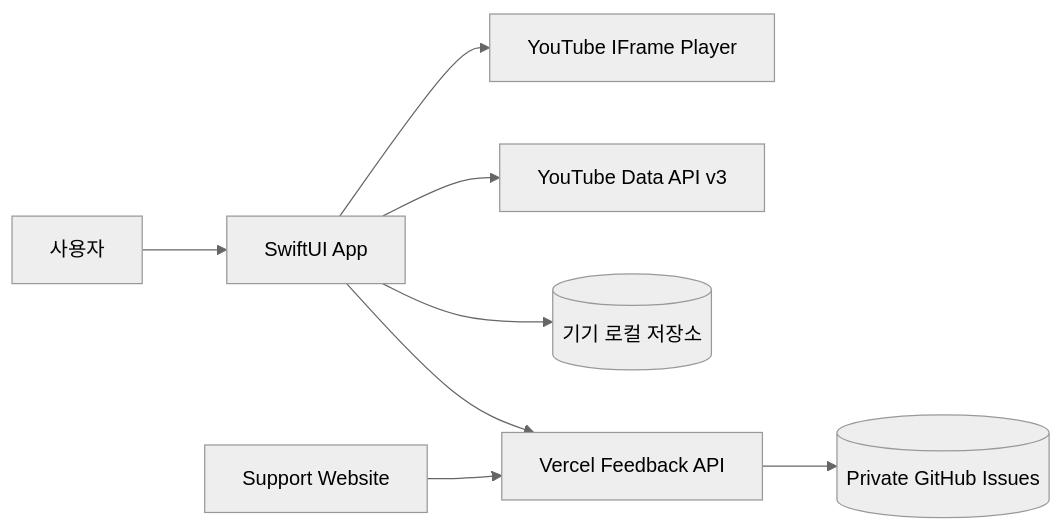
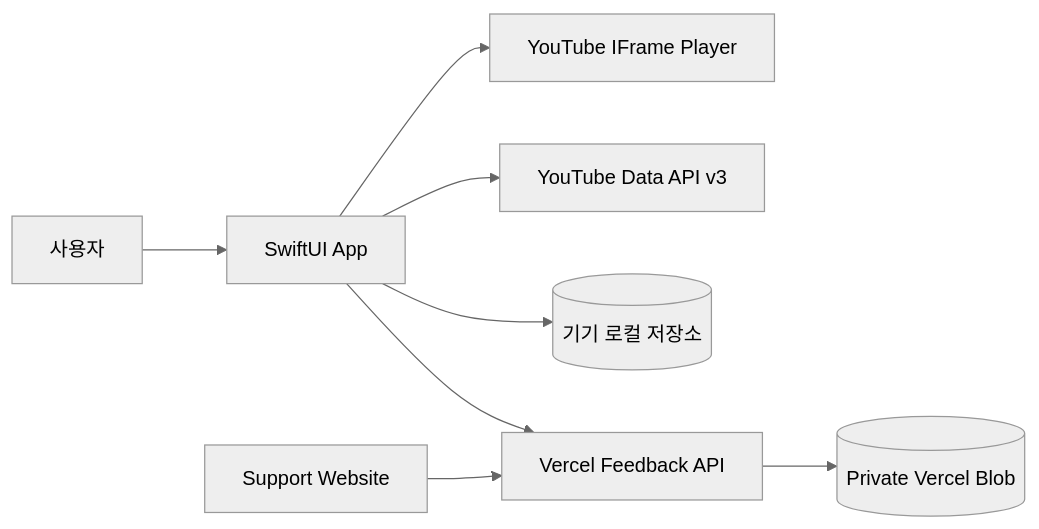
One commit to toranan/BandLoop changed the diagram in README.md. Above: the diagram before and after it, drawn with Mermaid (neutral theme). The commit also changed other lines of this file and 8 other files, not shown here.

Commit message:
feat: store feedback in private Vercel Blob

````diff
--- a/README.md
+++ b/README.md
@@ -54,10 +54,10 @@
 ```mermaid
 flowchart LR
     U[사용자] --> A[SwiftUI App]
     A --> P[YouTube IFrame Player]
     A --> S[YouTube Data API v3]
     A --> L[(기기 로컬 저장소)]
     A --> F[Vercel Feedback API]
     W[Support Website] --> F
-    F --> G[(Private GitHub Issues)]
+    F --> B[(Private Vercel Blob)]
 ```
````
